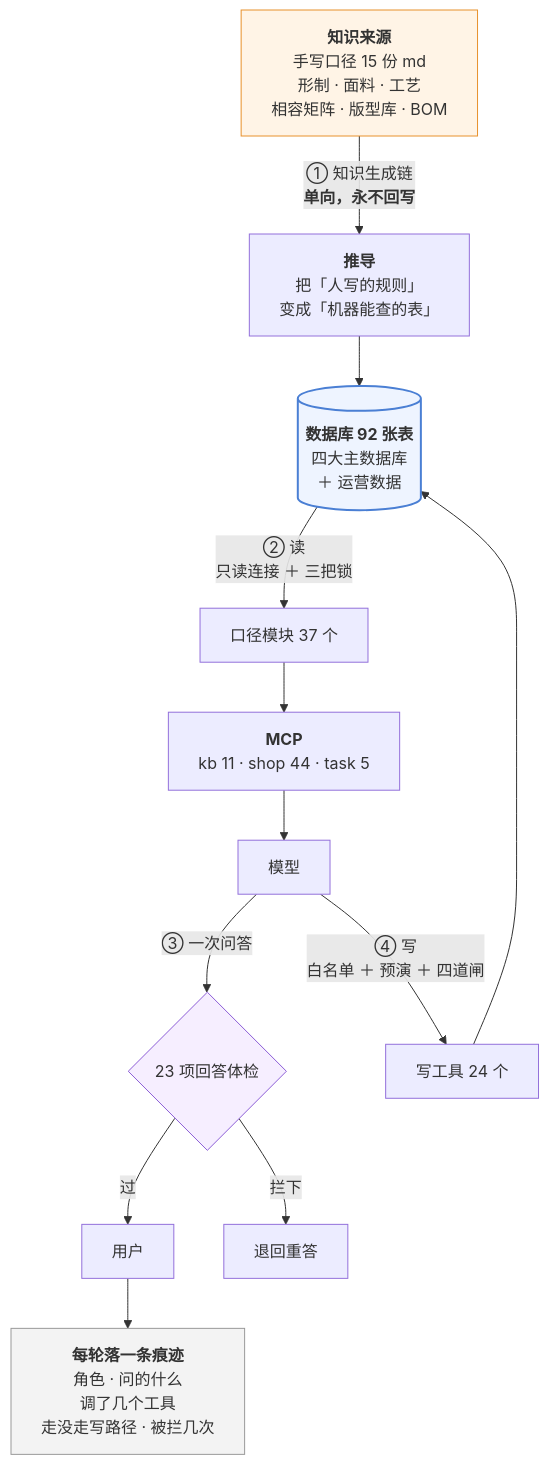
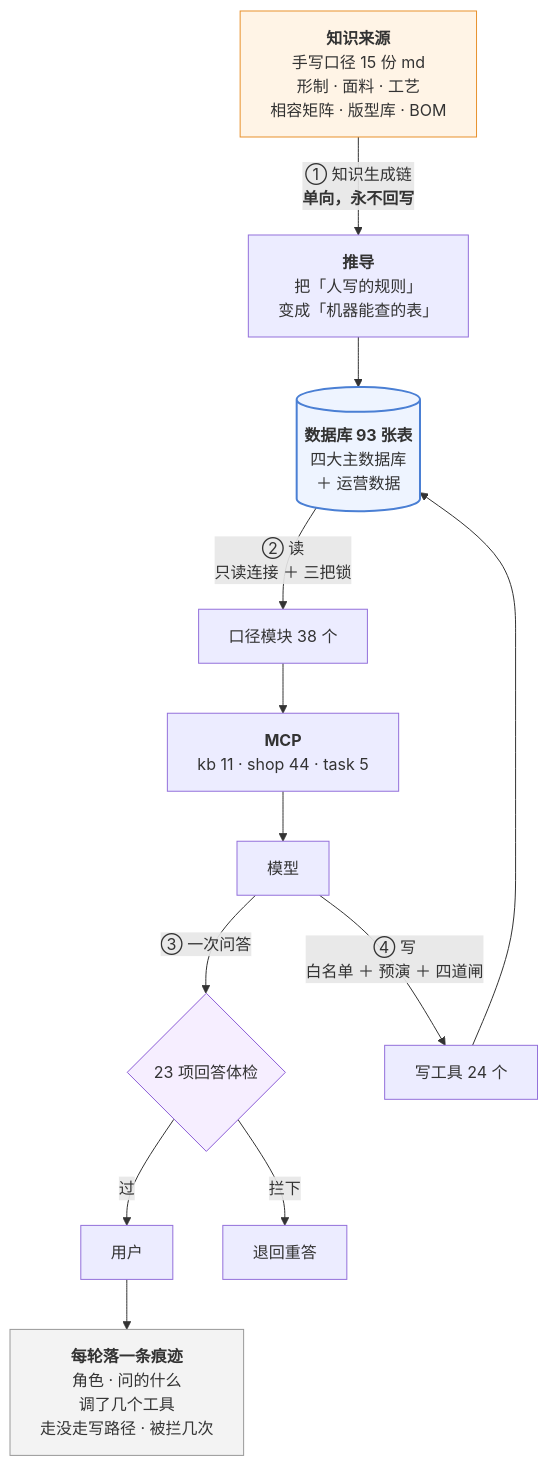
The third of 3 diagrams in 澜绣云裳agent-产品说明.md (843773296-rgb/lanxiu-yunshang-agent), drawn with Mermaid before and after one commit. The commit also changed other lines of this file and 10 other files, not shown here.

````diff
--- a/澜绣云裳agent-产品说明.md
+++ b/澜绣云裳agent-产品说明.md
@@ -867,24 +867,24 @@
 ```mermaid
 flowchart TD
     MD["<b>知识来源</b><br/>手写口径 15 份 md<br/>形制 · 面料 · 工艺<br/>相容矩阵 · 版型库 · BOM"]
     MD -->|"① 知识生成链<br/><b>单向，永不回写</b>"| DV["<b>推导</b><br/>把「人写的规则」<br/>变成「机器能查的表」"]
-    DV --> DB[("<b>数据库 92 张表</b><br/>四大主数据库<br/>＋ 运营数据")]
+    DV --> DB[("<b>数据库 93 张表</b><br/>四大主数据库<br/>＋ 运营数据")]
 
-    DB -->|"② 读<br/>只读连接 ＋ 三把锁"| KJ["口径模块 37 个"]
+    DB -->|"② 读<br/>只读连接 ＋ 三把锁"| KJ["口径模块 38 个"]
     KJ --> MCP["<b>MCP</b><br/>kb 11 · shop 44 · task 5"]
     MCP --> LLM["模型"]
 
     LLM -->|"③ 一次问答"| GD{"23 项回答体检"}
     GD -- 过 --> U["用户"]
     GD -- 拦下 --> RE["退回重答"]
 
     LLM -->|"④ 写<br/>白名单 ＋ 预演 ＋ 四道闸"| W["写工具 24 个"]
     W --> DB
 
     U --> TR["<b>每轮落一条痕迹</b><br/>角色 · 问的什么<br/>调了几个工具<br/>走没走写路径 · 被拦几次"]
 
     style MD fill:#fff4e6,stroke:#e8912d
     style DB fill:#eef4ff,stroke:#4a7fd4,stroke-width:2px
     style GD fill:#f6eeff,stroke:#8b5cd6
     style TR fill:#f3f3f3,stroke:#999
 ```
````
